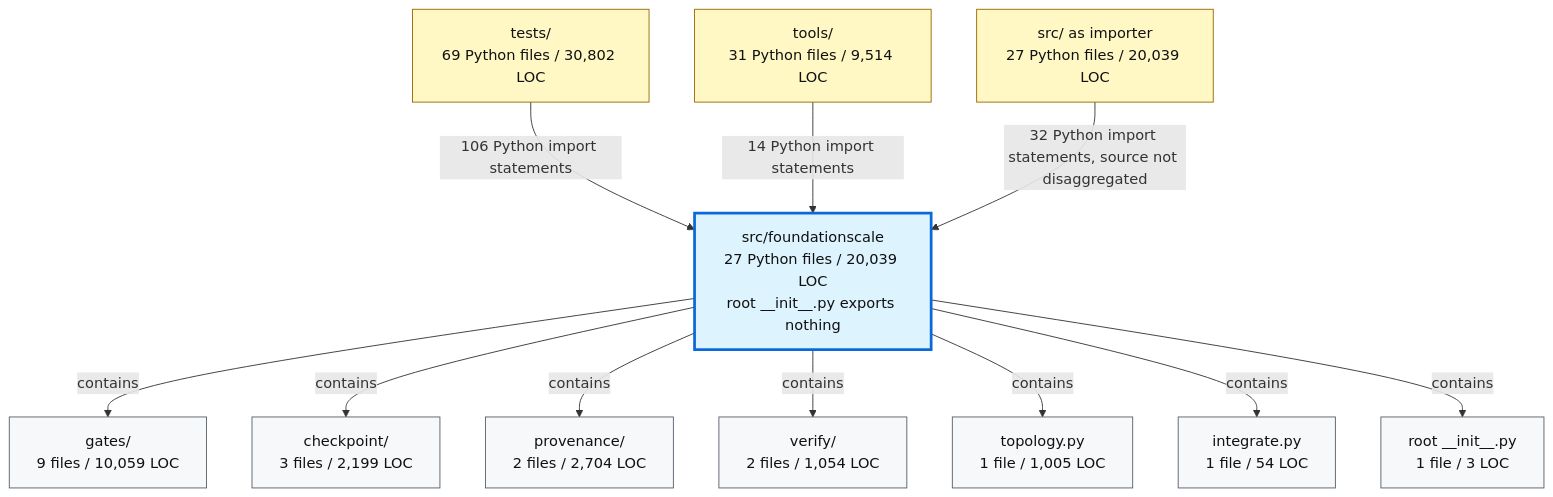
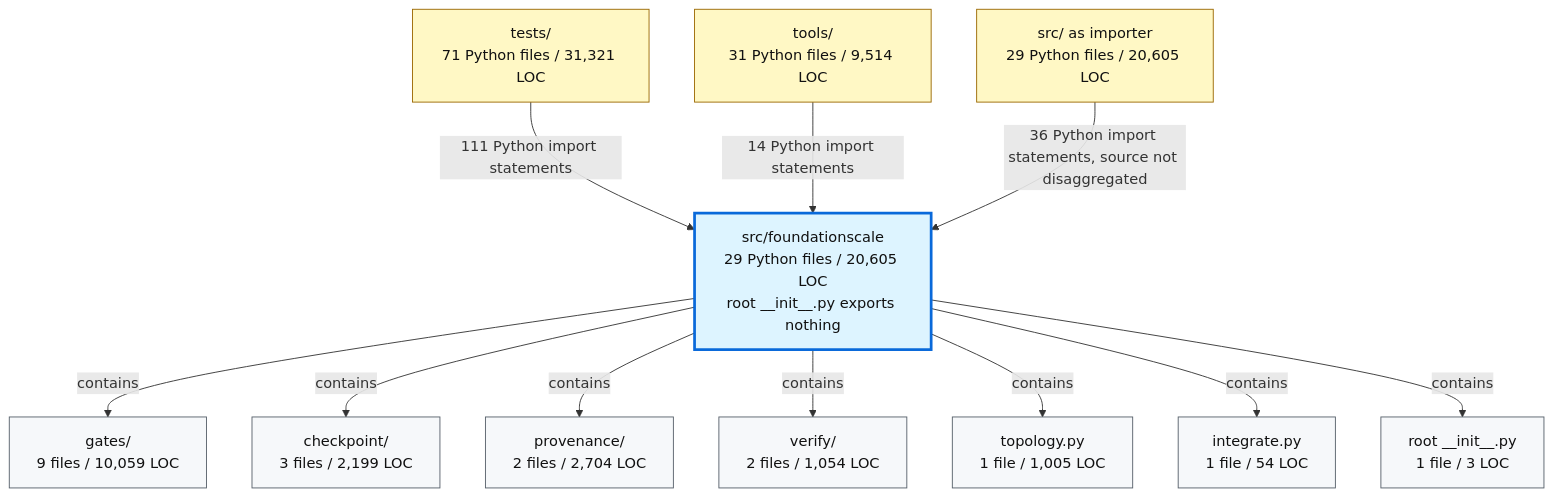
One commit to TranNhiem/FoundationScale changed the second of 2 diagrams in docs/review/D2_current_architecture.md. Above: the diagram before and after it, drawn with Mermaid. The commit also changed other lines of this file and 20 other files, not shown here.

````diff
--- a/docs/review/D2_current_architecture.md
+++ b/docs/review/D2_current_architecture.md
@@ -97,36 +97,36 @@
 ```mermaid
 flowchart TB
-  TESTS["tests/<br/>69 Python files / 30,802 LOC"]
+  TESTS["tests/<br/>71 Python files / 31,321 LOC"]
   TOOLS["tools/<br/>31 Python files / 9,514 LOC"]
-  SRC["src/ as importer<br/>27 Python files / 20,039 LOC"]
+  SRC["src/ as importer<br/>29 Python files / 20,605 LOC"]
 
-  FS["src/foundationscale<br/>27 Python files / 20,039 LOC<br/>root __init__.py exports nothing"]
+  FS["src/foundationscale<br/>29 Python files / 20,605 LOC<br/>root __init__.py exports nothing"]
 
   GATES["gates/<br/>9 files / 10,059 LOC"]
   CKPT["checkpoint/<br/>3 files / 2,199 LOC"]
   PROV["provenance/<br/>2 files / 2,704 LOC"]
   VERIFY["verify/<br/>2 files / 1,054 LOC"]
   TOPO["topology.py<br/>1 file / 1,005 LOC"]
   INTEG["integrate.py<br/>1 file / 54 LOC"]
   ROOT["root __init__.py<br/>1 file / 3 LOC"]
 
-  TESTS -->|"106 Python import statements"| FS
+  TESTS -->|"111 Python import statements"| FS
   TOOLS -->|"14 Python import statements"| FS
-  SRC -->|"32 Python import statements, source not disaggregated"| FS
+  SRC -->|"36 Python import statements, source not disaggregated"| FS
 
   FS -->|"contains"| GATES
   FS -->|"contains"| CKPT
   FS -->|"contains"| PROV
   FS -->|"contains"| VERIFY
   FS -->|"contains"| TOPO
   FS -->|"contains"| INTEG
   FS -->|"contains"| ROOT
 
   classDef consumer fill:#fff8c5,stroke:#9a6700,color:#111;
   classDef package fill:#ddf4ff,stroke:#0969da,stroke-width:3px,color:#111;
   classDef module fill:#f6f8fa,stroke:#57606a,color:#111;
 
   class TESTS,TOOLS,SRC consumer;
   class FS package;
   class GATES,CKPT,PROV,VERIFY,TOPO,INTEG,ROOT module;
 ```
````
